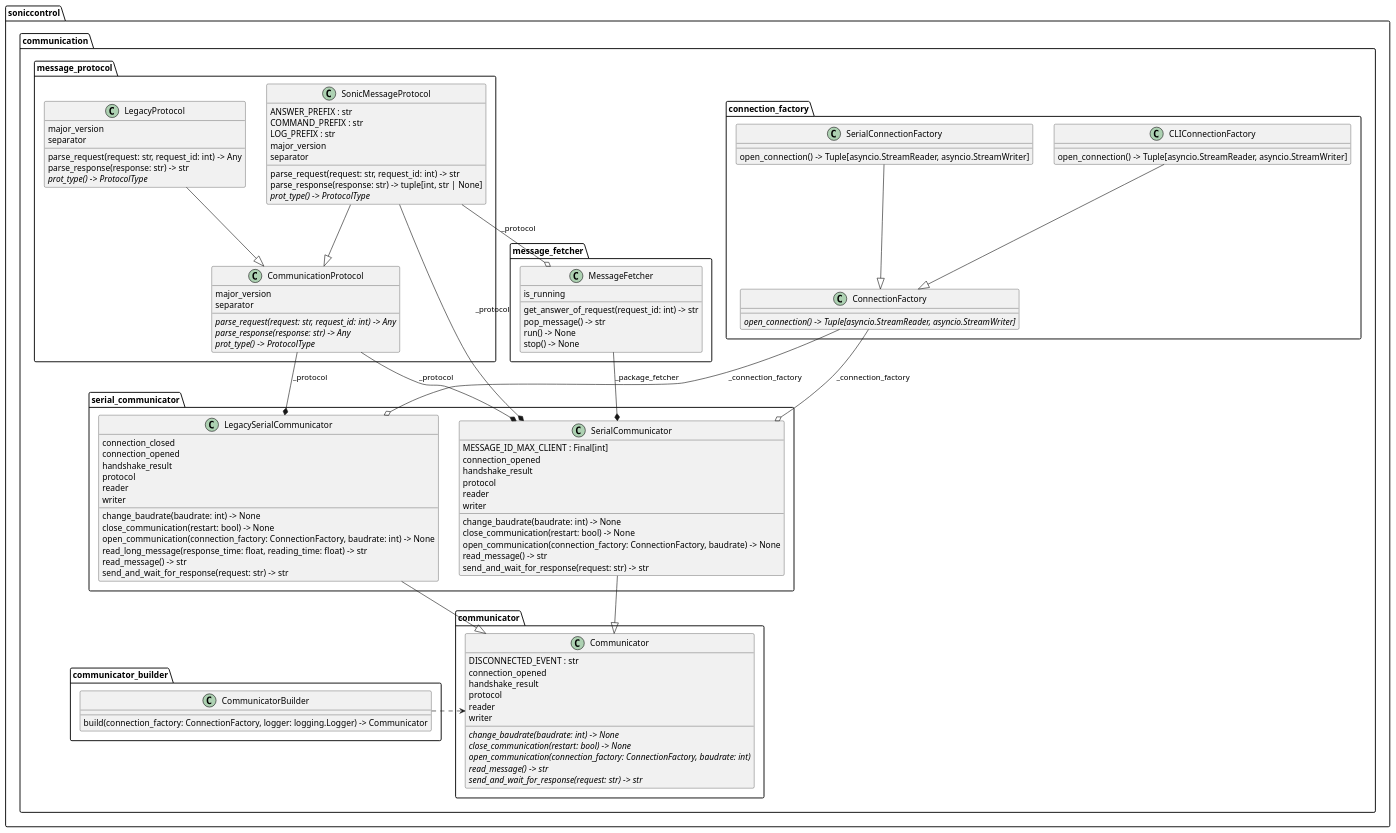
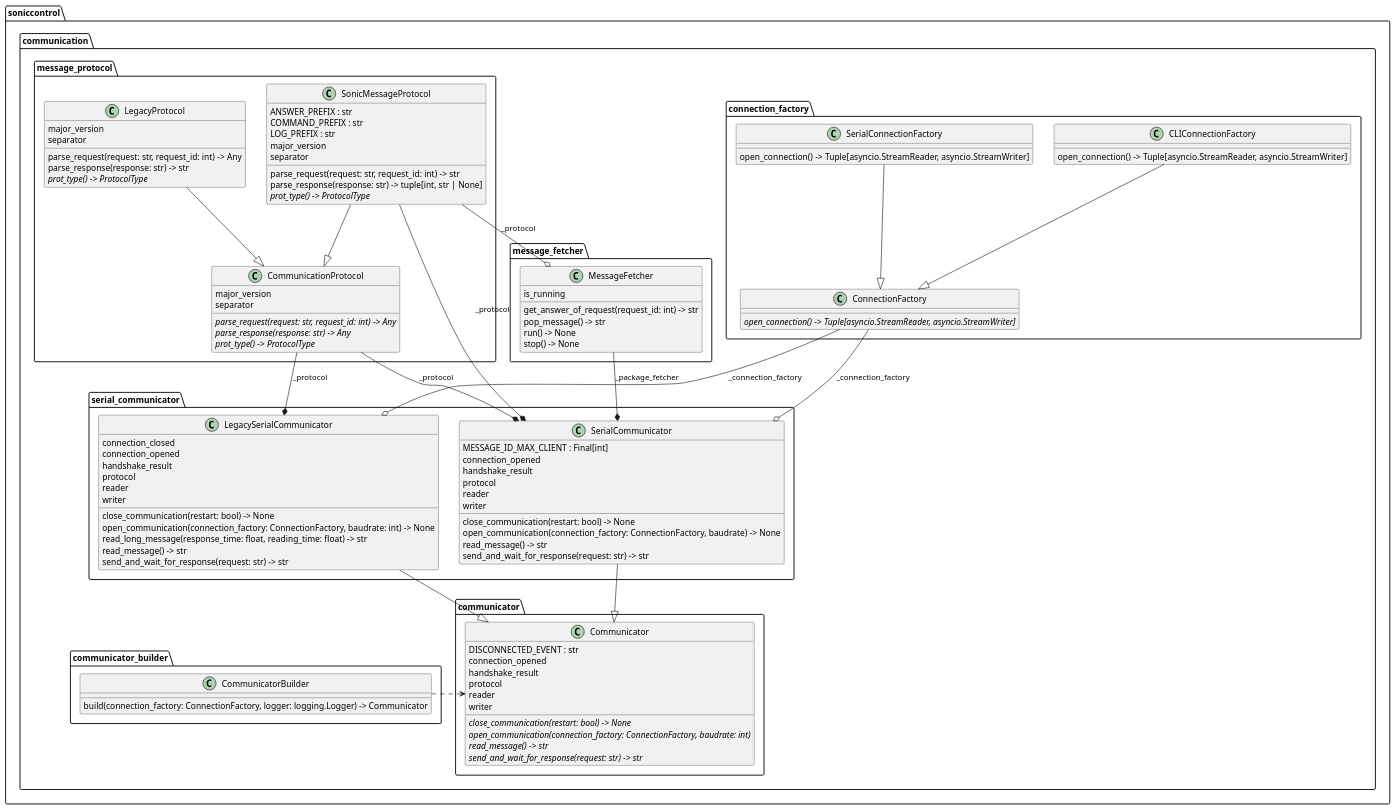
One commit to usepat/SW-soniccontrol changed the diagram in docs/diagrams/soniccontrol/class_communication.puml. Above: the diagram before and after it, drawn with PlantUML. The commit also changed 13 other files, not shown here.

```diff
--- a/docs/diagrams/soniccontrol/class_communication.puml
+++ b/docs/diagrams/soniccontrol/class_communication.puml
@@ -1,108 +1,105 @@
 @startuml class_communication
 
 set separator . 
 top to bottom direction
 
 
 class "CLIConnectionFactory" as soniccontrol.communication.connection_factory.CLIConnectionFactory {
   open_connection() -> Tuple[asyncio.StreamReader, asyncio.StreamWriter]
 }
 
 
 class "CommunicationProtocol" as soniccontrol.communication.message_protocol.CommunicationProtocol {
   major_version
   separator
   {abstract}parse_request(request: str, request_id: int) -> Any
   {abstract}parse_response(response: str) -> Any
   {abstract}prot_type() -> ProtocolType
 }
 class "Communicator" as soniccontrol.communication.communicator.Communicator {
   DISCONNECTED_EVENT : str
   connection_opened
   handshake_result
   protocol
   reader
   writer
-  {abstract}change_baudrate(baudrate: int) -> None
   {abstract}close_communication(restart: bool) -> None
   {abstract}open_communication(connection_factory: ConnectionFactory, baudrate: int)
   {abstract}read_message() -> str
   {abstract}send_and_wait_for_response(request: str) -> str
 }
 class "CommunicatorBuilder" as soniccontrol.communication.communicator_builder.CommunicatorBuilder {
   build(connection_factory: ConnectionFactory, logger: logging.Logger) -> Communicator
 }
 class "ConnectionFactory" as soniccontrol.communication.connection_factory.ConnectionFactory {
   {abstract}open_connection() -> Tuple[asyncio.StreamReader, asyncio.StreamWriter]
 }
 
 class "LegacyProtocol" as soniccontrol.communication.message_protocol.LegacyProtocol {
   major_version
   separator
   parse_request(request: str, request_id: int) -> Any
   parse_response(response: str) -> str
   {abstract}prot_type() -> ProtocolType
 }
 class "LegacySerialCommunicator" as soniccontrol.communication.serial_communicator.LegacySerialCommunicator {
   connection_closed
   connection_opened
   handshake_result
   protocol
   reader
   writer
-  change_baudrate(baudrate: int) -> None
   close_communication(restart: bool) -> None
   open_communication(connection_factory: ConnectionFactory, baudrate: int) -> None
   read_long_message(response_time: float, reading_time: float) -> str
   read_message() -> str
   send_and_wait_for_response(request: str) -> str
 }
 class "MessageFetcher" as soniccontrol.communication.message_fetcher.MessageFetcher {
   is_running
   get_answer_of_request(request_id: int) -> str
   pop_message() -> str
   run() -> None
   stop() -> None
 }
 
 class "SerialCommunicator" as soniccontrol.communication.serial_communicator.SerialCommunicator {
   MESSAGE_ID_MAX_CLIENT : Final[int]
   connection_opened
   handshake_result
   protocol
   reader
   writer
-  change_baudrate(baudrate: int) -> None
   close_communication(restart: bool) -> None
   open_communication(connection_factory: ConnectionFactory, baudrate) -> None
   read_message() -> str
   send_and_wait_for_response(request: str) -> str
 }
 class "SerialConnectionFactory" as soniccontrol.communication.connection_factory.SerialConnectionFactory {
   open_connection() -> Tuple[asyncio.StreamReader, asyncio.StreamWriter]
 }
 class "SonicMessageProtocol" as soniccontrol.communication.message_protocol.SonicMessageProtocol {
   ANSWER_PREFIX : str
   COMMAND_PREFIX : str
   LOG_PREFIX : str
   major_version
   separator
   parse_request(request: str, request_id: int) -> str
   parse_response(response: str) -> tuple[int, str | None]
   {abstract}prot_type() -> ProtocolType
 }
 soniccontrol.communication.connection_factory.CLIConnectionFactory --|> soniccontrol.communication.connection_factory.ConnectionFactory
 soniccontrol.communication.connection_factory.SerialConnectionFactory --|> soniccontrol.communication.connection_factory.ConnectionFactory
 soniccontrol.communication.message_protocol.LegacyProtocol --|> soniccontrol.communication.message_protocol.CommunicationProtocol
 soniccontrol.communication.message_protocol.SonicMessageProtocol --|> soniccontrol.communication.message_protocol.CommunicationProtocol
 soniccontrol.communication.serial_communicator.LegacySerialCommunicator --|> soniccontrol.communication.communicator.Communicator
 soniccontrol.communication.serial_communicator.SerialCommunicator --|> soniccontrol.communication.communicator.Communicator
 soniccontrol.communication.message_fetcher.MessageFetcher --* soniccontrol.communication.serial_communicator.SerialCommunicator : _package_fetcher
 soniccontrol.communication.message_protocol.CommunicationProtocol --* soniccontrol.communication.serial_communicator.LegacySerialCommunicator : _protocol
 soniccontrol.communication.message_protocol.CommunicationProtocol --* soniccontrol.communication.serial_communicator.SerialCommunicator : _protocol
 soniccontrol.communication.message_protocol.SonicMessageProtocol --* soniccontrol.communication.serial_communicator.SerialCommunicator : _protocol
 soniccontrol.communication.connection_factory.ConnectionFactory --o soniccontrol.communication.serial_communicator.LegacySerialCommunicator : _connection_factory
 soniccontrol.communication.connection_factory.ConnectionFactory --o soniccontrol.communication.serial_communicator.SerialCommunicator : _connection_factory
 soniccontrol.communication.message_protocol.SonicMessageProtocol --o soniccontrol.communication.message_fetcher.MessageFetcher : _protocol
 soniccontrol.communication.communicator_builder.CommunicatorBuilder .r.> soniccontrol.communication.communicator.Communicator
 @enduml
```
